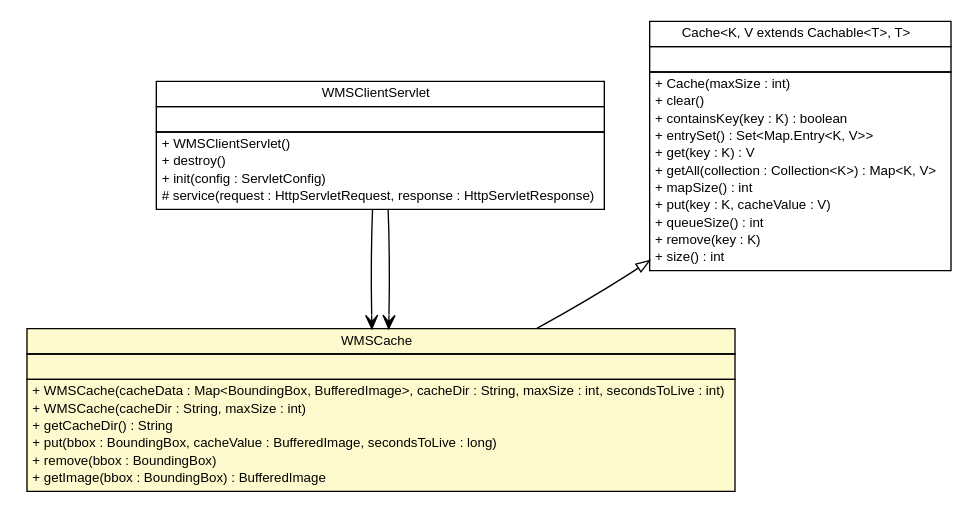
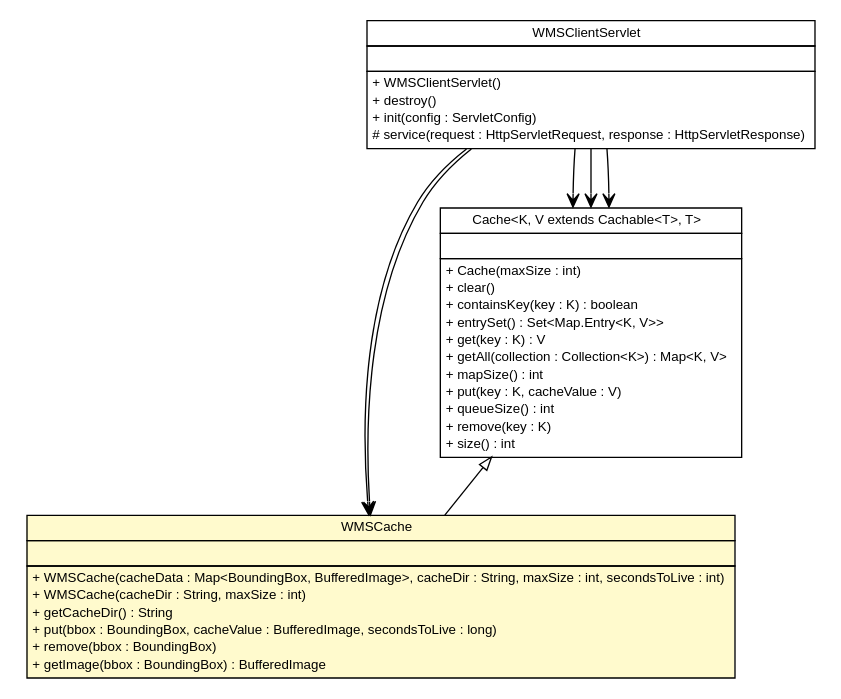
The diagram in apidocs/nl/mineleni/cbsviewer/servlet/wms/cache/WMSCache.dot (MinELenI/CBSviewer), drawn with Graphviz before and after one commit. The commit also changed 292 other files, not shown here.

```diff
--- a/apidocs/nl/mineleni/cbsviewer/servlet/wms/cache/WMSCache.dot
+++ b/apidocs/nl/mineleni/cbsviewer/servlet/wms/cache/WMSCache.dot
@@ -1,72 +1,78 @@
 #!/usr/local/bin/dot
 #
 # Class diagram 
 # Generated by UMLGraph version R5_6 (http://www.umlgraph.org/)
 #
 
 digraph G {
 	edge [fontname="arial",fontsize=10,labelfontname="arial",labelfontsize=10];
 	node [fontname="arial",fontsize=10,shape=plaintext];
 	nodesep=0.25;
 	ranksep=0.5;
 	// nl.mineleni.cbsviewer.servlet.wms.WMSClientServlet
 	c2265 [label=<<table title="nl.mineleni.cbsviewer.servlet.wms.WMSClientServlet" border="0" cellborder="1" cellspacing="0" cellpadding="2" port="p" href="../WMSClientServlet.html">
 		<tr><td><table border="0" cellspacing="0" cellpadding="1">
 <tr><td align="center" balign="center"> WMSClientServlet </td></tr>
 		</table></td></tr>
 		<tr><td><table border="0" cellspacing="0" cellpadding="1">
 <tr><td align="left" balign="left">  </td></tr>
 		</table></td></tr>
 		<tr><td><table border="0" cellspacing="0" cellpadding="1">
 <tr><td align="left" balign="left"> + WMSClientServlet() </td></tr>
 <tr><td align="left" balign="left"> + destroy() </td></tr>
 <tr><td align="left" balign="left"> + init(config : ServletConfig) </td></tr>
 <tr><td align="left" balign="left"> # service(request : HttpServletRequest, response : HttpServletResponse) </td></tr>
 		</table></td></tr>
 		</table>>, URL="../WMSClientServlet.html", fontname="arial", fontcolor="black", fontsize=10.0];
 	// nl.mineleni.cbsviewer.servlet.wms.cache.WMSCache
 	c2269 [label=<<table title="nl.mineleni.cbsviewer.servlet.wms.cache.WMSCache" border="0" cellborder="1" cellspacing="0" cellpadding="2" port="p" bgcolor="lemonChiffon" href="./WMSCache.html">
 		<tr><td><table border="0" cellspacing="0" cellpadding="1">
 <tr><td align="center" balign="center"> WMSCache </td></tr>
 		</table></td></tr>
 		<tr><td><table border="0" cellspacing="0" cellpadding="1">
 <tr><td align="left" balign="left">  </td></tr>
 		</table></td></tr>
 		<tr><td><table border="0" cellspacing="0" cellpadding="1">
 <tr><td align="left" balign="left"> + WMSCache(cacheData : Map&lt;BoundingBox, BufferedImage&gt;, cacheDir : String, maxSize : int, secondsToLive : int) </td></tr>
 <tr><td align="left" balign="left"> + WMSCache(cacheDir : String, maxSize : int) </td></tr>
 <tr><td align="left" balign="left"> + getCacheDir() : String </td></tr>
 <tr><td align="left" balign="left"> + put(bbox : BoundingBox, cacheValue : BufferedImage, secondsToLive : long) </td></tr>
 <tr><td align="left" balign="left"> + remove(bbox : BoundingBox) </td></tr>
 <tr><td align="left" balign="left"> + getImage(bbox : BoundingBox) : BufferedImage </td></tr>
 		</table></td></tr>
 		</table>>, URL="./WMSCache.html", fontname="arial", fontcolor="black", fontsize=10.0];
 	// nl.mineleni.cbsviewer.servlet.wms.cache.Cache<K, V extends nl.mineleni.cbsviewer.servlet.wms.cache.Cachable<T>, T>
 	c2272 [label=<<table title="nl.mineleni.cbsviewer.servlet.wms.cache.Cache" border="0" cellborder="1" cellspacing="0" cellpadding="2" port="p" href="./Cache.html">
 		<tr><td><table border="0" cellspacing="0" cellpadding="1">
 <tr><td align="center" balign="center"> Cache&lt;K, V extends Cachable&lt;T&gt;, T&gt; </td></tr>
 		</table></td></tr>
 		<tr><td><table border="0" cellspacing="0" cellpadding="1">
 <tr><td align="left" balign="left">  </td></tr>
 		</table></td></tr>
 		<tr><td><table border="0" cellspacing="0" cellpadding="1">
 <tr><td align="left" balign="left"> + Cache(maxSize : int) </td></tr>
 <tr><td align="left" balign="left"> + clear() </td></tr>
 <tr><td align="left" balign="left"> + containsKey(key : K) : boolean </td></tr>
 <tr><td align="left" balign="left"> + entrySet() : Set&lt;Map.Entry&lt;K, V&gt;&gt; </td></tr>
 <tr><td align="left" balign="left"> + get(key : K) : V </td></tr>
 <tr><td align="left" balign="left"> + getAll(collection : Collection&lt;K&gt;) : Map&lt;K, V&gt; </td></tr>
 <tr><td align="left" balign="left"> + mapSize() : int </td></tr>
 <tr><td align="left" balign="left"> + put(key : K, cacheValue : V) </td></tr>
 <tr><td align="left" balign="left"> + queueSize() : int </td></tr>
 <tr><td align="left" balign="left"> + remove(key : K) </td></tr>
 <tr><td align="left" balign="left"> + size() : int </td></tr>
 		</table></td></tr>
 		</table>>, URL="./Cache.html", fontname="arial", fontcolor="black", fontsize=10.0];
 	//nl.mineleni.cbsviewer.servlet.wms.cache.WMSCache extends nl.mineleni.cbsviewer.servlet.wms.cache.Cache<org.opengis.geometry.BoundingBox, nl.mineleni.cbsviewer.servlet.wms.cache.CacheImage, java.awt.image.BufferedImage>
 	c2272:p -> c2269:p [dir=back,arrowtail=empty];
+	// nl.mineleni.cbsviewer.servlet.wms.WMSClientServlet NAVASSOC nl.mineleni.cbsviewer.servlet.wms.cache.Cache<K, V extends nl.mineleni.cbsviewer.servlet.wms.cache.Cachable<T>, T>
+	c2265:p -> c2272:p [taillabel="", label="", headlabel="", fontname="arial", fontcolor="black", fontsize=10.0, color="black", arrowhead=open];
+	// nl.mineleni.cbsviewer.servlet.wms.WMSClientServlet NAVASSOC nl.mineleni.cbsviewer.servlet.wms.cache.Cache<K, V extends nl.mineleni.cbsviewer.servlet.wms.cache.Cachable<T>, T>
+	c2265:p -> c2272:p [taillabel="", label="", headlabel="", fontname="arial", fontcolor="black", fontsize=10.0, color="black", arrowhead=open];
+	// nl.mineleni.cbsviewer.servlet.wms.WMSClientServlet NAVASSOC nl.mineleni.cbsviewer.servlet.wms.cache.Cache<K, V extends nl.mineleni.cbsviewer.servlet.wms.cache.Cachable<T>, T>
+	c2265:p -> c2272:p [taillabel="", label="", headlabel="", fontname="arial", fontcolor="black", fontsize=10.0, color="black", arrowhead=open];
 	// nl.mineleni.cbsviewer.servlet.wms.WMSClientServlet NAVASSOC nl.mineleni.cbsviewer.servlet.wms.cache.WMSCache
 	c2265:p -> c2269:p [taillabel="", label="", headlabel="", fontname="arial", fontcolor="black", fontsize=10.0, color="black", arrowhead=open];
 	// nl.mineleni.cbsviewer.servlet.wms.WMSClientServlet NAVASSOC nl.mineleni.cbsviewer.servlet.wms.cache.WMSCache
 	c2265:p -> c2269:p [taillabel="", label="", headlabel="", fontname="arial", fontcolor="black", fontsize=10.0, color="black", arrowhead=open];
 }
```
